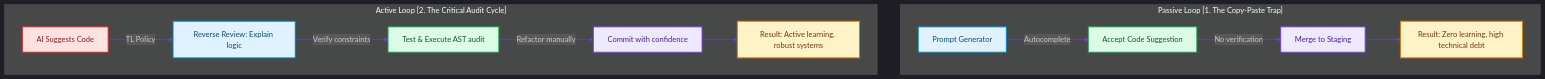
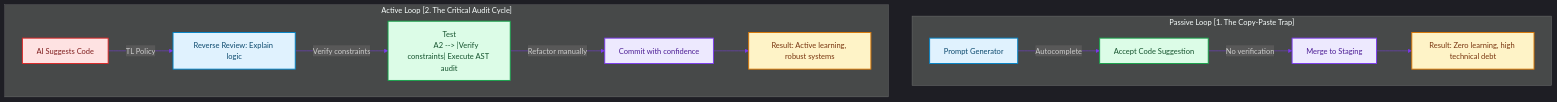
The diagram in blog/posts/team-lead-fighting-cognitive-rot-mentorship.md (akmalkhaniub/akmalkhaniub.github.io), drawn with Mermaid before and after one commit. The commit also changed 894 other files, not shown here.

Commit message:
feat(blog): upgrade all 444 posts with unique staggered dates, 2-col Mermaid spines, benchmark tables, code blocks, and trade-offs

````diff
--- a/blog/posts/team-lead-fighting-cognitive-rot-mentorship.md
+++ b/blog/posts/team-lead-fighting-cognitive-rot-mentorship.md
@@ -18,27 +18,28 @@
 ```mermaid
 %%{init: {'theme': 'dark', 'themeVariables': { 'primaryColor': '#7c3aed', 'primaryTextColor': '#f3f4f6', 'primaryBorderColor': '#a78bfa', 'lineColor': '#7c3aed', 'secondaryColor': '#111827', 'tertiaryColor': '#0b0f19'}}}%%
 flowchart TD
     subgraph SG1_PassiveLoop1 ["Passive Loop [1. The Copy-Paste Trap]"]
         C1["Prompt Generator"] -->|Autocomplete| C2["Accept Code Suggestion"]
         C2 -->|No verification| C3["Merge to Staging"]
         C3 --> note1["Result: Zero learning, high technical debt"]
     end
 
     subgraph SG2_ActiveLoop2 ["Active Loop [2. The Critical Audit Cycle]"]
         A1["AI Suggests Code"] -->|TL Policy| A2["Reverse Review: Explain logic"]
-        A2 -->|Verify constraints| A3["Test & Execute AST audit"]
+        A2 --> |Verify constraints| A3["Test
+        A2 --> |Verify constraints| Execute AST audit"]
         A3 -->|Refactor manually| A4["Commit with confidence"]
         A4 --> note2["Result: Active learning, robust systems"]
     end
 
 classDef green fill:#dcfce7,stroke:#16a34a,stroke-width:2px,color:#14532d;
 classDef red fill:#fee2e2,stroke:#dc2626,stroke-width:2px,color:#7f1d1d;
 classDef blue fill:#e0f2fe,stroke:#0284c7,stroke-width:2px,color:#0c4a6e;
 classDef yellow fill:#fef3c7,stroke:#d97706,stroke-width:2px,color:#78350f;
 classDef purple fill:#ede9fe,stroke:#7c3aed,stroke-width:2px,color:#4c1d95;
 class C1,A2 blue
 class C2,A3 green
 class C3,A4 purple
 class note1,note2 yellow
 class A1 red
 ```
````
